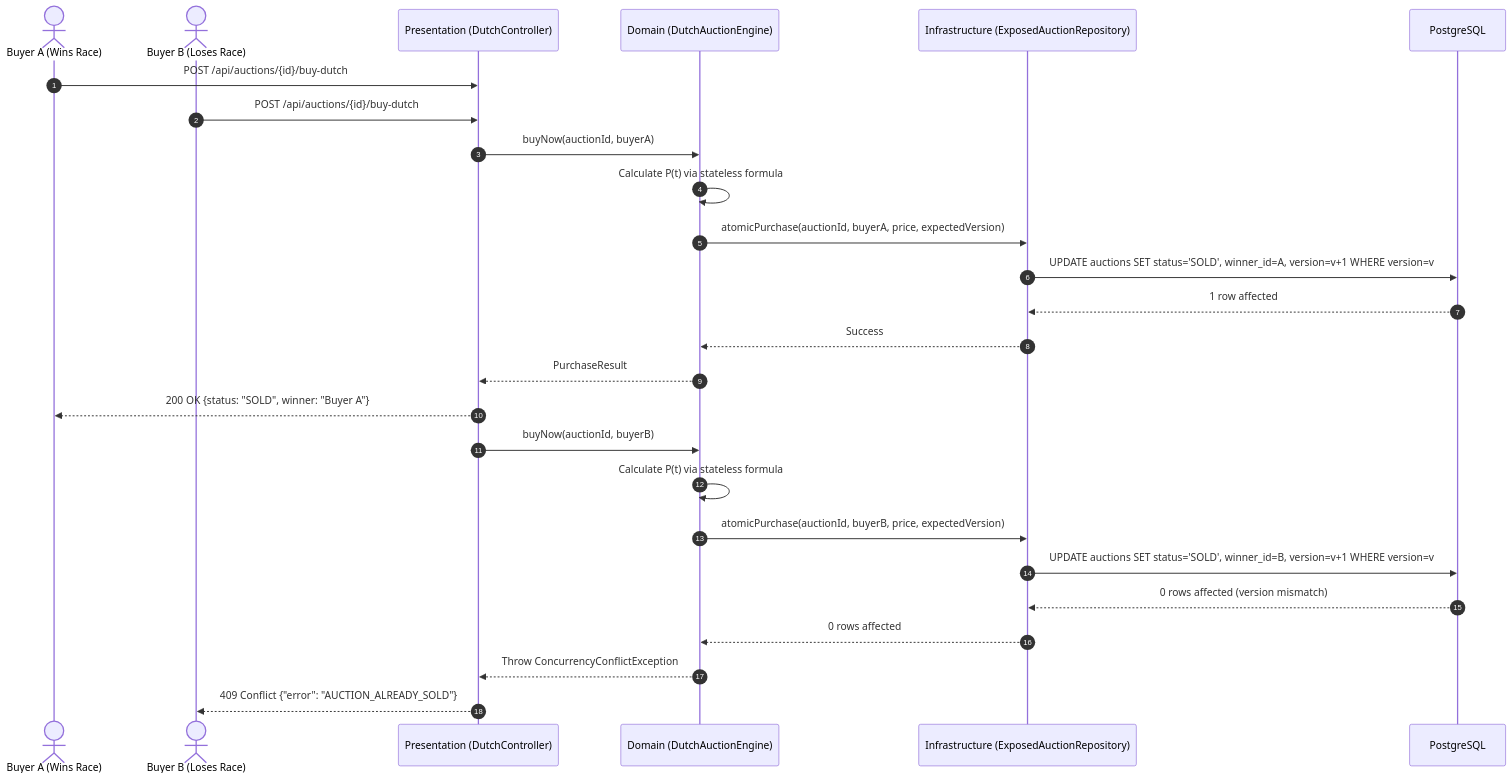
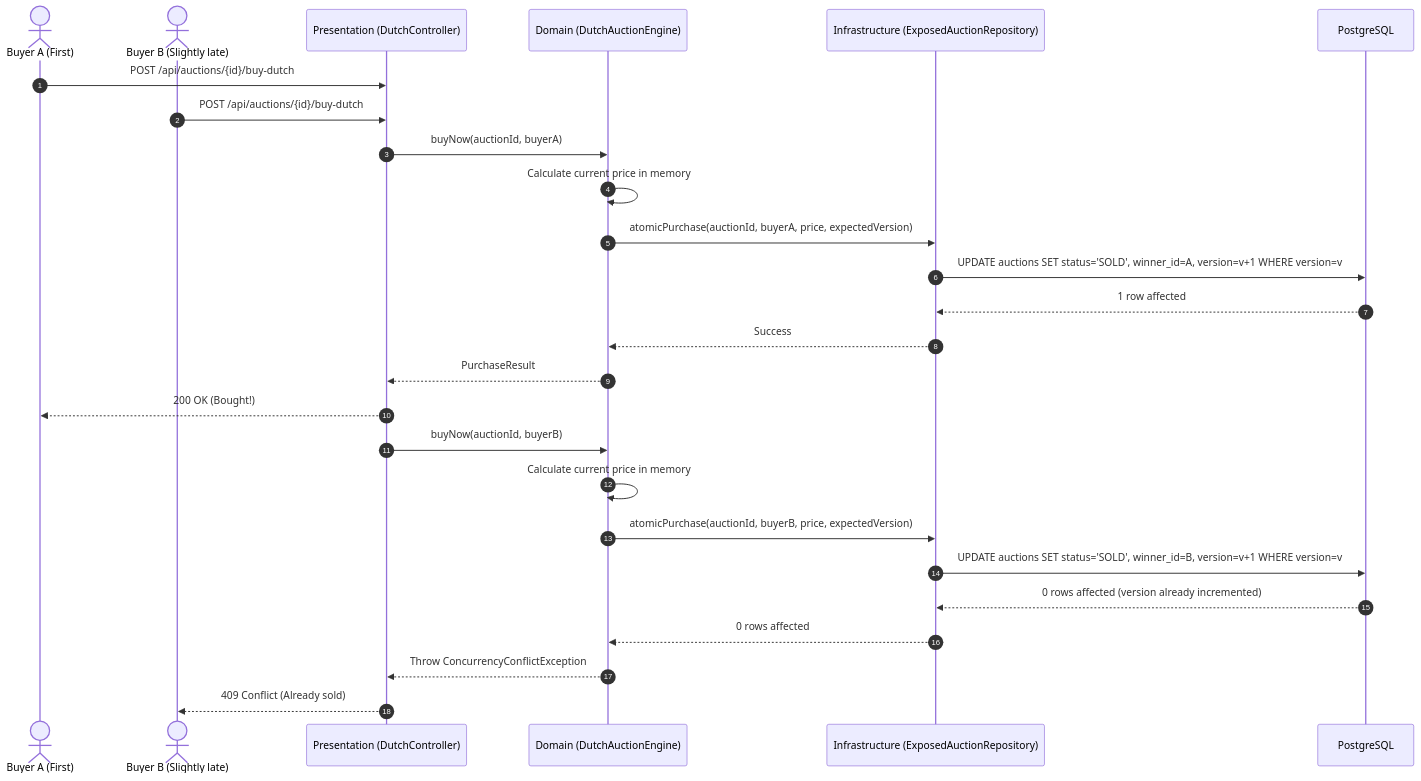
One commit to MihnixArch0n/Kronyka changed the second of 2 diagrams in docs/ARCHITECTURE.md. Above: the diagram before and after it, drawn with Mermaid. The commit also changed other lines of this file and 13 other files, not shown here.

````diff
--- a/docs/ARCHITECTURE.md
+++ b/docs/ARCHITECTURE.md
@@ -86,30 +74,31 @@
 ```mermaid
 sequenceDiagram
     autonumber
-    actor BuyerA as Buyer A (Wins Race)
-    actor BuyerB as Buyer B (Loses Race)
+    actor BuyerA as Buyer A (First)
+    actor BuyerB as Buyer B (Slightly late)
     participant Controller as Presentation (DutchController)
     participant Engine as Domain (DutchAuctionEngine)
     participant Repo as Infrastructure (ExposedAuctionRepository)
     participant DB as PostgreSQL
 
     BuyerA->>Controller: POST /api/auctions/{id}/buy-dutch
     BuyerB->>Controller: POST /api/auctions/{id}/buy-dutch
+
     Controller->>Engine: buyNow(auctionId, buyerA)
-    Engine->>Engine: Calculate P(t) via stateless formula
+    Engine->>Engine: Calculate current price in memory
     Engine->>Repo: atomicPurchase(auctionId, buyerA, price, expectedVersion)
     Repo->>DB: UPDATE auctions SET status='SOLD', winner_id=A, version=v+1 WHERE version=v
     DB-->>Repo: 1 row affected
     Repo-->>Engine: Success
     Engine-->>Controller: PurchaseResult
-    Controller-->>BuyerA: 200 OK {status: "SOLD", winner: "Buyer A"}
+    Controller-->>BuyerA: 200 OK (Bought!)
 
     Controller->>Engine: buyNow(auctionId, buyerB)
-    Engine->>Engine: Calculate P(t) via stateless formula
+    Engine->>Engine: Calculate current price in memory
     Engine->>Repo: atomicPurchase(auctionId, buyerB, price, expectedVersion)
     Repo->>DB: UPDATE auctions SET status='SOLD', winner_id=B, version=v+1 WHERE version=v
-    DB-->>Repo: 0 rows affected (version mismatch)
+    DB-->>Repo: 0 rows affected (version already incremented)
     Repo-->>Engine: 0 rows affected
     Engine-->>Controller: Throw ConcurrencyConflictException
-    Controller-->>BuyerB: 409 Conflict {"error": "AUCTION_ALREADY_SOLD"}
+    Controller-->>BuyerB: 409 Conflict (Already sold)
 ```
````
